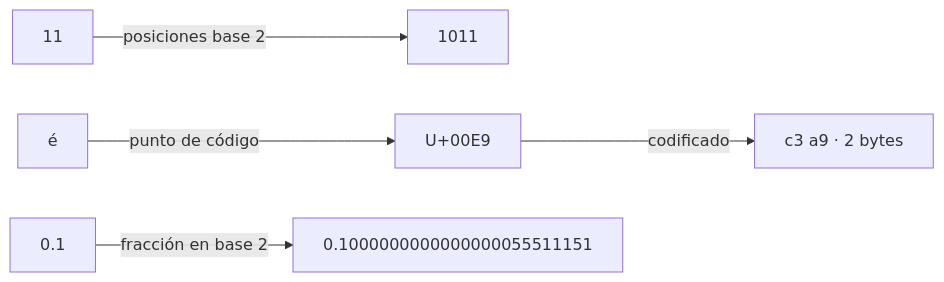
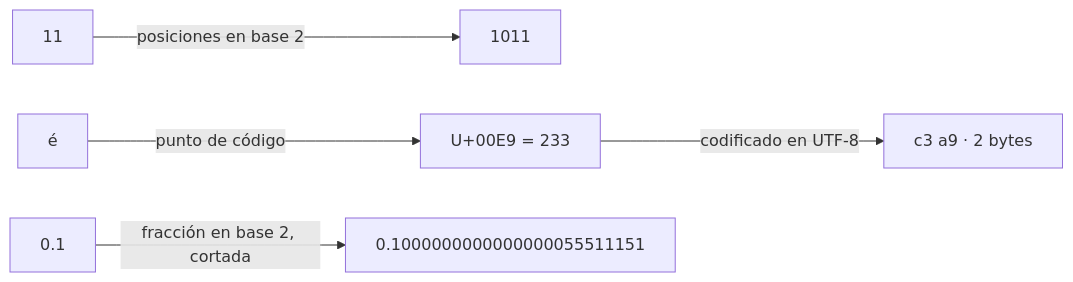
One commit to NICORUIZ93/The_Imperial_Book changed the fifth of 7 diagrams in web/public/content/foundations/modulo-1.md. Above: the diagram before and after it, drawn with Mermaid. The commit also changed other lines of this file, not shown here.

````diff
--- a/web/public/content/foundations/modulo-1.md
+++ b/web/public/content/foundations/modulo-1.md
@@ -791,7 +1103,7 @@
 ```mermaid
 flowchart LR
-    ENTERO["11"] -->|posiciones base 2| BIN["1011"]
-    LETRA["é"] -->|punto de código| CP["U+00E9"]
-    CP -->|codificado| BY["c3 a9 · 2 bytes"]
-    DEC["0.1"] -->|fracción en base 2| FP["0.1000000000000000055511151"]
+    ENTERO["11"] -->|"posiciones en base 2"| BIN["1011"]
+    LETRA["é"] -->|"punto de código"| CP["U+00E9 = 233"]
+    CP -->|"codificado en UTF-8"| BY["c3 a9 · 2 bytes"]
+    DEC["0.1"] -->|"fracción en base 2, cortada"| FP["0.1000000000000000055511151"]
 ```
````
